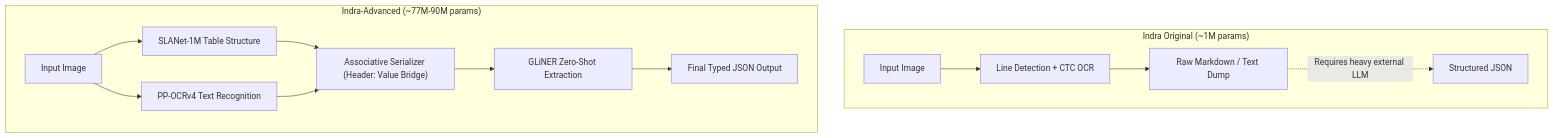
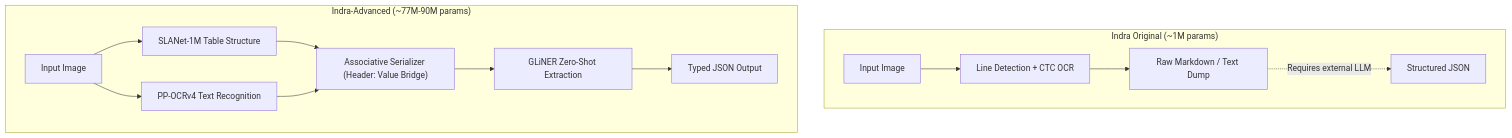
Before and after one commit to kushagrakushwah/Indra-Advanced: the diagram in README.md, drawn with Mermaid. The commit also changed other lines of this file and 5 other files, not shown here.

````diff
--- a/README.md
+++ b/README.md
@@ -20,16 +21,16 @@
 ```mermaid
 flowchart TD
     subgraph Indra_Original["Indra Original (~1M params)"]
         A1["Input Image"] --> B1["Line Detection + CTC OCR"]
         B1 --> C1["Raw Markdown / Text Dump"]
-        C1 -.->|Requires heavy external LLM| D1["Structured JSON"]
+        C1 -.->|Requires external LLM| D1["Structured JSON"]
     end
 
     subgraph Indra_Advanced["Indra-Advanced (~77M-90M params)"]
         A2["Input Image"] --> B2["SLANet-1M Table Structure"]
         A2 --> C2["PP-OCRv4 Text Recognition"]
         B2 & C2 --> D2["Associative Serializer (Header: Value Bridge)"]
         D2 --> E2["GLiNER Zero-Shot Extraction"]
-        E2 --> F2["Final Typed JSON Output"]
+        E2 --> F2["Typed JSON Output"]
     end
 ```
````
